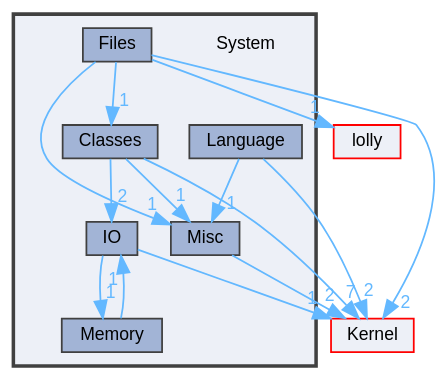
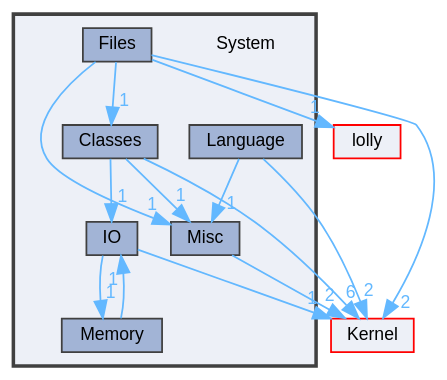
One commit to XmacsLabs/lolly changed the diagram in dir_9af51e3826d4f9e80d9103b2de543e84_dep.dot. Above: the diagram before and after it, drawn with Graphviz. The commit also changed 96 other files, not shown here.

```diff
--- a/dir_9af51e3826d4f9e80d9103b2de543e84_dep.dot
+++ b/dir_9af51e3826d4f9e80d9103b2de543e84_dep.dot
@@ -1,33 +1,33 @@
 digraph "System"
 {
  // LATEX_PDF_SIZE
   bgcolor="transparent";
   edge [fontname=Helvetica,fontsize=10,labelfontname=Helvetica,labelfontsize=10];
   node [fontname=Helvetica,fontsize=10,shape=box,height=0.2,width=0.4];
   compound=true
   subgraph clusterdir_9af51e3826d4f9e80d9103b2de543e84 {
     graph [ bgcolor="#edf0f7", pencolor="grey25", label="", fontname=Helvetica,fontsize=10 style="filled,bold", URL="dir_9af51e3826d4f9e80d9103b2de543e84.html",tooltip=""]
     dir_9af51e3826d4f9e80d9103b2de543e84 [shape=plaintext, label="System"];
   dir_65f8e582ae4564702e5ebd9f1f129945 [label="Classes", fillcolor="#a2b4d6", color="grey25", style="filled", URL="dir_65f8e582ae4564702e5ebd9f1f129945.html",tooltip=""];
   dir_7ebb79315e7698127b644e661e05dbac [label="Files", fillcolor="#a2b4d6", color="grey25", style="filled", URL="dir_7ebb79315e7698127b644e661e05dbac.html",tooltip=""];
   dir_6585f33a0ea7f281ba0139d26289315f [label="IO", fillcolor="#a2b4d6", color="grey25", style="filled", URL="dir_6585f33a0ea7f281ba0139d26289315f.html",tooltip=""];
   dir_fca9aa0c39bd483c4f66ed9af02e26f6 [label="Language", fillcolor="#a2b4d6", color="grey25", style="filled", URL="dir_fca9aa0c39bd483c4f66ed9af02e26f6.html",tooltip=""];
   dir_c4ccaaca8cbe35d8cff903ff1a25a7a8 [label="Memory", fillcolor="#a2b4d6", color="grey25", style="filled", URL="dir_c4ccaaca8cbe35d8cff903ff1a25a7a8.html",tooltip=""];
   dir_b2cfaedf53cd5862b029d4eda10d075d [label="Misc", fillcolor="#a2b4d6", color="grey25", style="filled", URL="dir_b2cfaedf53cd5862b029d4eda10d075d.html",tooltip=""];
   }
   dir_4e4e38b7a3cbd015b31043c806009c51 [label="lolly", fillcolor="#edf0f7", color="red", style="filled", URL="dir_4e4e38b7a3cbd015b31043c806009c51.html",tooltip=""];
   dir_52bed8acfaac088d5968cb2c84d7645d [label="Kernel", fillcolor="#edf0f7", color="red", style="filled", URL="dir_52bed8acfaac088d5968cb2c84d7645d.html",tooltip=""];
-  dir_65f8e582ae4564702e5ebd9f1f129945->dir_52bed8acfaac088d5968cb2c84d7645d [headlabel="7", labeldistance=1.5 headhref="dir_000003_000024.html" color="steelblue1" fontcolor="steelblue1"];
-  dir_65f8e582ae4564702e5ebd9f1f129945->dir_6585f33a0ea7f281ba0139d26289315f [headlabel="2", labeldistance=1.5 headhref="dir_000003_000020.html" color="steelblue1" fontcolor="steelblue1"];
+  dir_65f8e582ae4564702e5ebd9f1f129945->dir_52bed8acfaac088d5968cb2c84d7645d [headlabel="6", labeldistance=1.5 headhref="dir_000003_000024.html" color="steelblue1" fontcolor="steelblue1"];
+  dir_65f8e582ae4564702e5ebd9f1f129945->dir_6585f33a0ea7f281ba0139d26289315f [headlabel="1", labeldistance=1.5 headhref="dir_000003_000020.html" color="steelblue1" fontcolor="steelblue1"];
   dir_65f8e582ae4564702e5ebd9f1f129945->dir_b2cfaedf53cd5862b029d4eda10d075d [headlabel="1", labeldistance=1.5 headhref="dir_000003_000031.html" color="steelblue1" fontcolor="steelblue1"];
   dir_7ebb79315e7698127b644e661e05dbac->dir_4e4e38b7a3cbd015b31043c806009c51 [headlabel="1", labeldistance=1.5 headhref="dir_000013_000027.html" color="steelblue1" fontcolor="steelblue1"];
   dir_7ebb79315e7698127b644e661e05dbac->dir_52bed8acfaac088d5968cb2c84d7645d [headlabel="2", labeldistance=1.5 headhref="dir_000013_000024.html" color="steelblue1" fontcolor="steelblue1"];
   dir_7ebb79315e7698127b644e661e05dbac->dir_65f8e582ae4564702e5ebd9f1f129945 [headlabel="1", labeldistance=1.5 headhref="dir_000013_000003.html" color="steelblue1" fontcolor="steelblue1"];
   dir_7ebb79315e7698127b644e661e05dbac->dir_b2cfaedf53cd5862b029d4eda10d075d [headlabel="1", labeldistance=1.5 headhref="dir_000013_000031.html" color="steelblue1" fontcolor="steelblue1"];
   dir_6585f33a0ea7f281ba0139d26289315f->dir_52bed8acfaac088d5968cb2c84d7645d [headlabel="1", labeldistance=1.5 headhref="dir_000020_000024.html" color="steelblue1" fontcolor="steelblue1"];
   dir_6585f33a0ea7f281ba0139d26289315f->dir_c4ccaaca8cbe35d8cff903ff1a25a7a8 [headlabel="1", labeldistance=1.5 headhref="dir_000020_000029.html" color="steelblue1" fontcolor="steelblue1"];
   dir_fca9aa0c39bd483c4f66ed9af02e26f6->dir_52bed8acfaac088d5968cb2c84d7645d [headlabel="2", labeldistance=1.5 headhref="dir_000026_000024.html" color="steelblue1" fontcolor="steelblue1"];
   dir_fca9aa0c39bd483c4f66ed9af02e26f6->dir_b2cfaedf53cd5862b029d4eda10d075d [headlabel="1", labeldistance=1.5 headhref="dir_000026_000031.html" color="steelblue1" fontcolor="steelblue1"];
   dir_c4ccaaca8cbe35d8cff903ff1a25a7a8->dir_6585f33a0ea7f281ba0139d26289315f [headlabel="1", labeldistance=1.5 headhref="dir_000029_000020.html" color="steelblue1" fontcolor="steelblue1"];
   dir_b2cfaedf53cd5862b029d4eda10d075d->dir_52bed8acfaac088d5968cb2c84d7645d [headlabel="2", labeldistance=1.5 headhref="dir_000031_000024.html" color="steelblue1" fontcolor="steelblue1"];
 }
```
